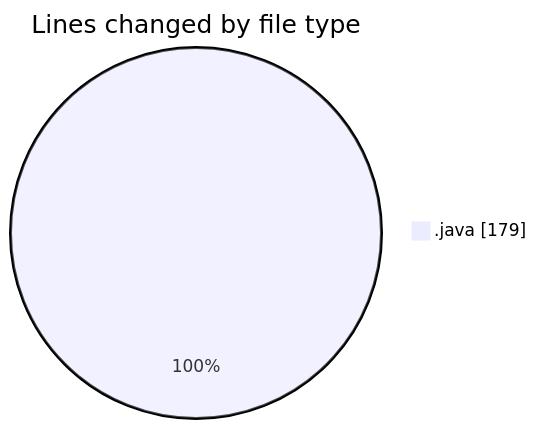
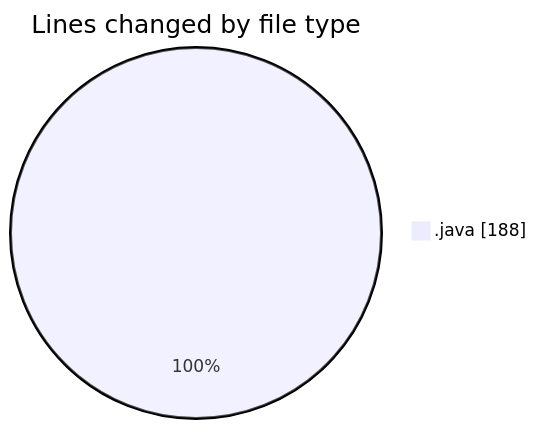
One commit to ricardozamudiocil/code-tracking changed the first of 2 diagrams in 2026-05-04/cilreports__workspace_/README.md. Above: the diagram before and after it, drawn with Mermaid. The commit also changed other lines of this file and 1 other file, not shown here.

````diff
--- a/2026-05-04/cilreports__workspace_/README.md
+++ b/2026-05-04/cilreports__workspace_/README.md
@@ -21,5 +21,5 @@
 ```mermaid
 pie showData
 title Lines changed by file type
-".java" : 179
+".java" : 188
 ```
````
